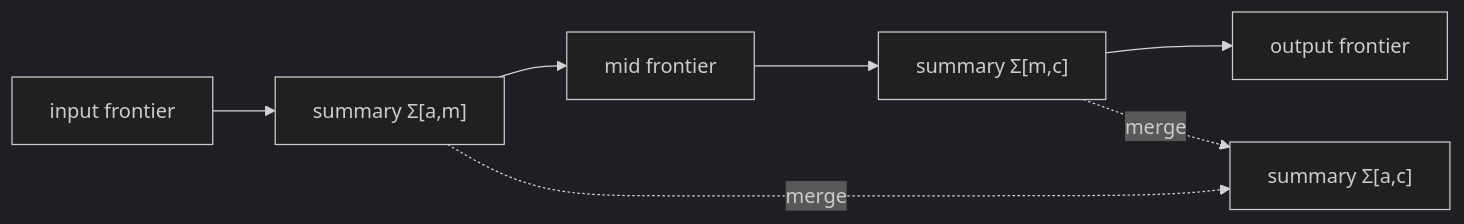
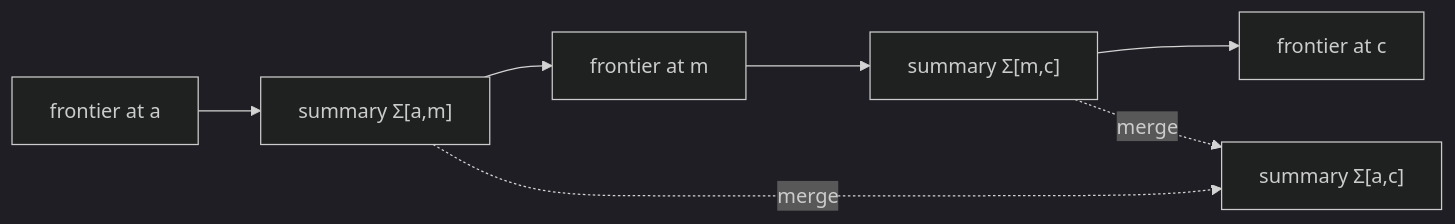
The diagram in README.md (logannye/hcp-dp), drawn with Mermaid (dark theme) before and after one commit. The commit also changed other lines of this file and 22 other files, not shown here.

````diff
--- a/README.md
+++ b/README.md
@@ -72,10 +121,10 @@
 ```mermaid
 flowchart LR
-    A["input frontier"] --> B["summary Σ[a,m]"]
-    B --> C["mid frontier"]
+    A["frontier at a"] --> B["summary Σ[a,m]"]
+    B --> C["frontier at m"]
     C --> D["summary Σ[m,c]"]
-    D --> E["output frontier"]
+    D --> E["frontier at c"]
 
     B -. merge .-> F["summary Σ[a,c]"]
     D -. merge .-> F
 ```
````
